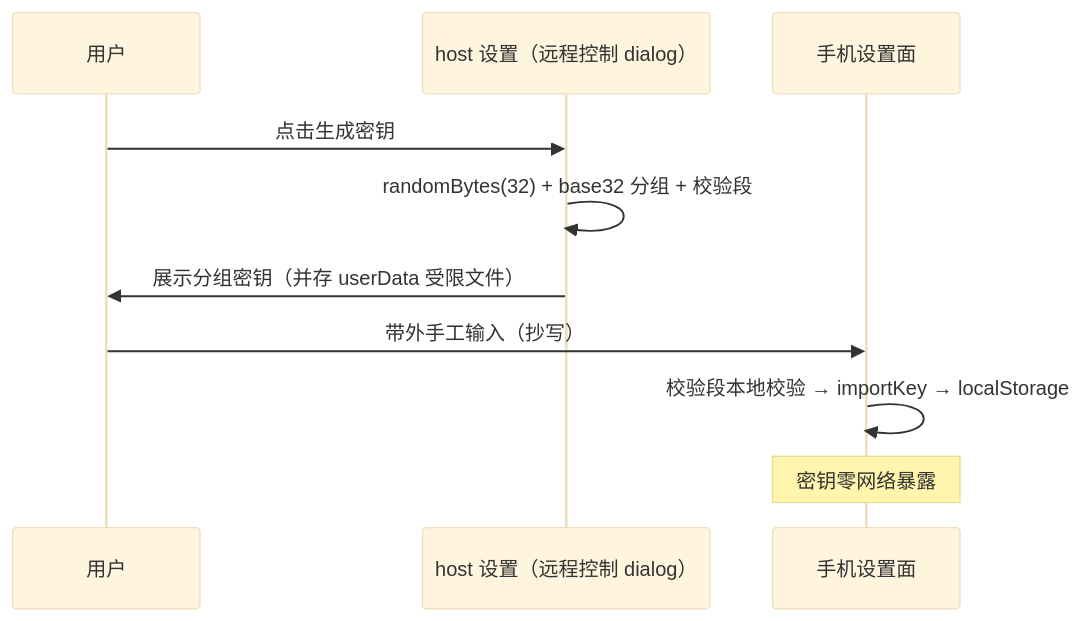
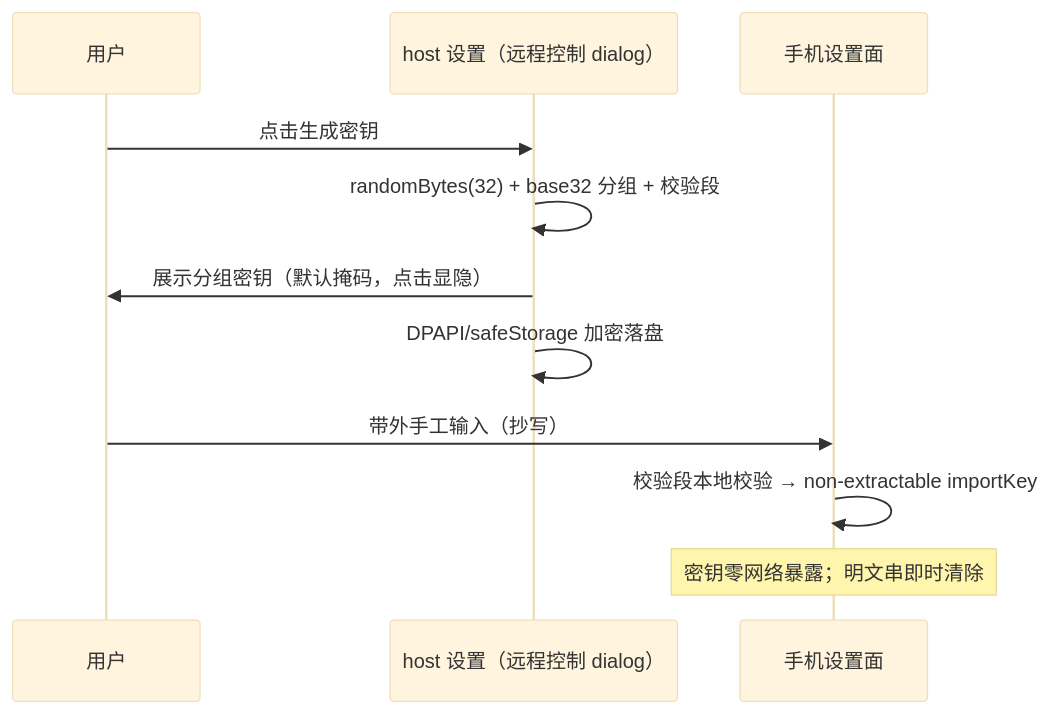
One commit to bigfaner/dsh-forge changed the third of 4 diagrams in .forge/docs/features/mobile-ui/design/tunnel-psk.md. Above: the diagram before and after it, drawn with Mermaid (base theme). The commit also changed other lines of this file, not shown here.

````diff
--- a/.forge/docs/features/mobile-ui/design/tunnel-psk.md
+++ b/.forge/docs/features/mobile-ui/design/tunnel-psk.md
@@ -91,12 +102,13 @@
 ```mermaid
 sequenceDiagram
     participant U as 用户
     participant H as host 设置（远程控制 dialog）
     participant PH as 手机设置面
     U->>H: 点击生成密钥
     H->>H: randomBytes(32) + base32 分组 + 校验段
-    H->>U: 展示分组密钥（并存 userData 受限文件）
+    H->>U: 展示分组密钥（默认掩码，点击显隐）
+    H->>H: DPAPI/safeStorage 加密落盘
     U->>PH: 带外手工输入（抄写）
-    PH->>PH: 校验段本地校验 → importKey → localStorage
-    Note over PH: 密钥零网络暴露
+    PH->>PH: 校验段本地校验 → non-extractable importKey
+    Note over PH: 密钥零网络暴露；明文串即时清除
 ```
````
